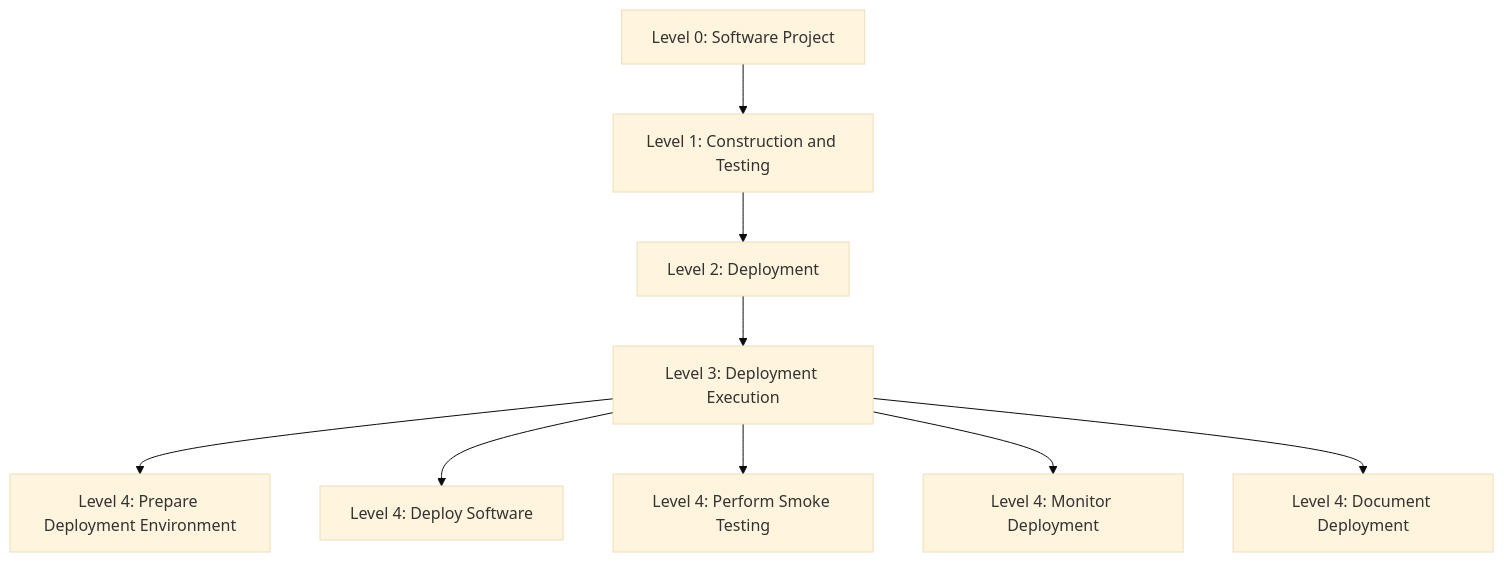
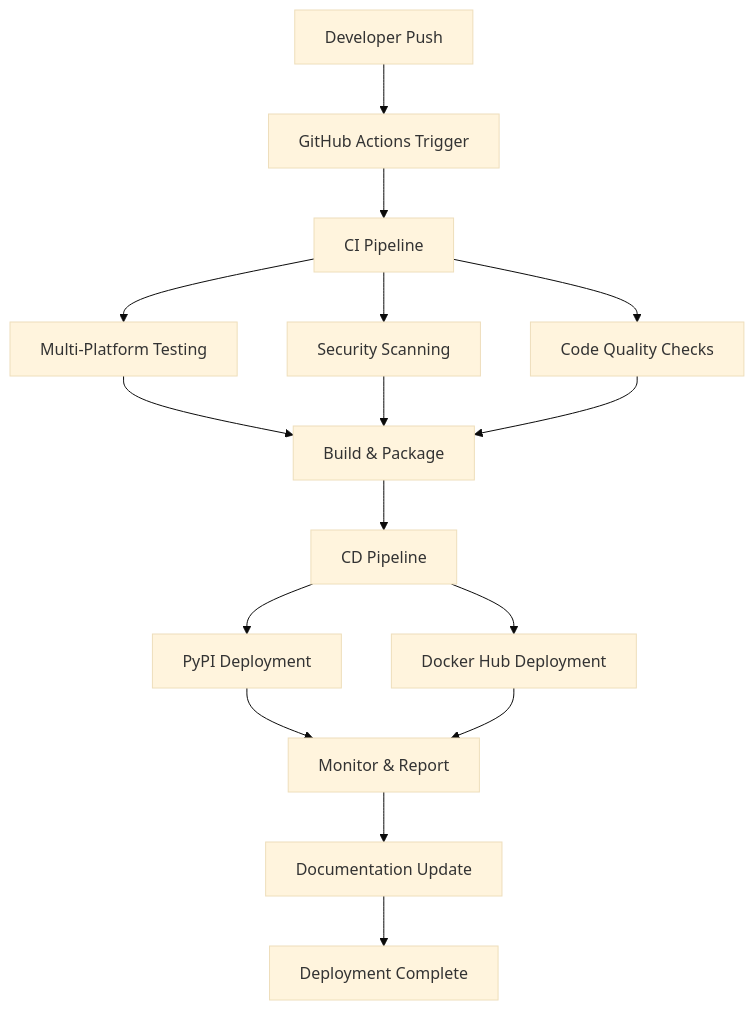
The first of 5 diagrams in Docs/json_inputs_standard/Deployment/Deployment_Execution.md (Shakour-Data/AutoProjectManagement), drawn with Mermaid (base theme) before and after one commit. The commit also changed other lines of this file, not shown here.

````diff
--- a/Docs/json_inputs_standard/Deployment/Deployment_Execution.md
+++ b/Docs/json_inputs_standard/Deployment/Deployment_Execution.md
@@ -79,11 +181,18 @@
 ```mermaid
 graph TD
-    A[Level 0: Software Project] --> B[Level 1: Construction and Testing]
-    B --> C[Level 2: Deployment]
-    C --> D[Level 3: Deployment Execution]
-    D --> E[Level 4: Prepare Deployment Environment]
-    D --> F[Level 4: Deploy Software]
-    D --> G[Level 4: Perform Smoke Testing]
-    D --> H[Level 4: Monitor Deployment]
-    D --> I[Level 4: Document Deployment]
+    A[Developer Push] --> B[GitHub Actions Trigger]
+    B --> C[CI Pipeline]
+    C --> D[Multi-Platform Testing]
+    C --> E[Security Scanning]
+    C --> F[Code Quality Checks]
+    D --> G[Build & Package]
+    E --> G
+    F --> G
+    G --> H[CD Pipeline]
+    H --> I[PyPI Deployment]
+    H --> J[Docker Hub Deployment]
+    I --> K[Monitor & Report]
+    J --> K
+    K --> L[Documentation Update]
+    L --> M[Deployment Complete]
 ```
````
